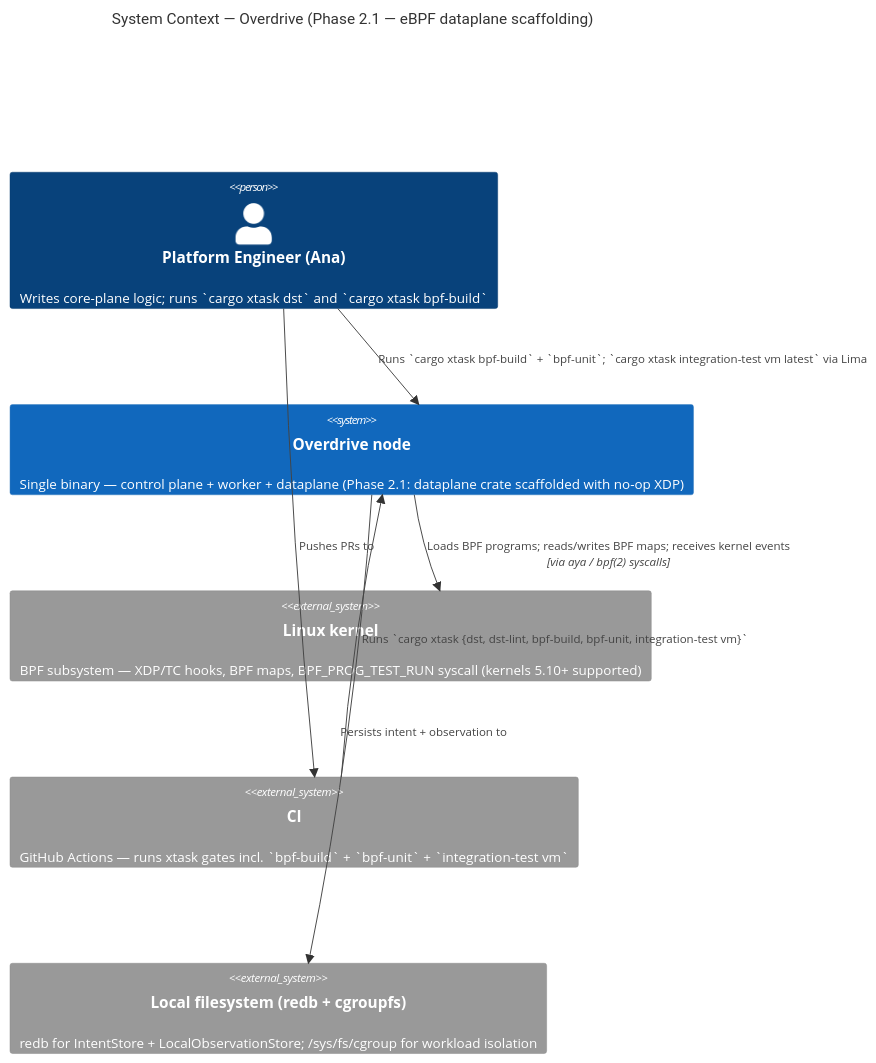
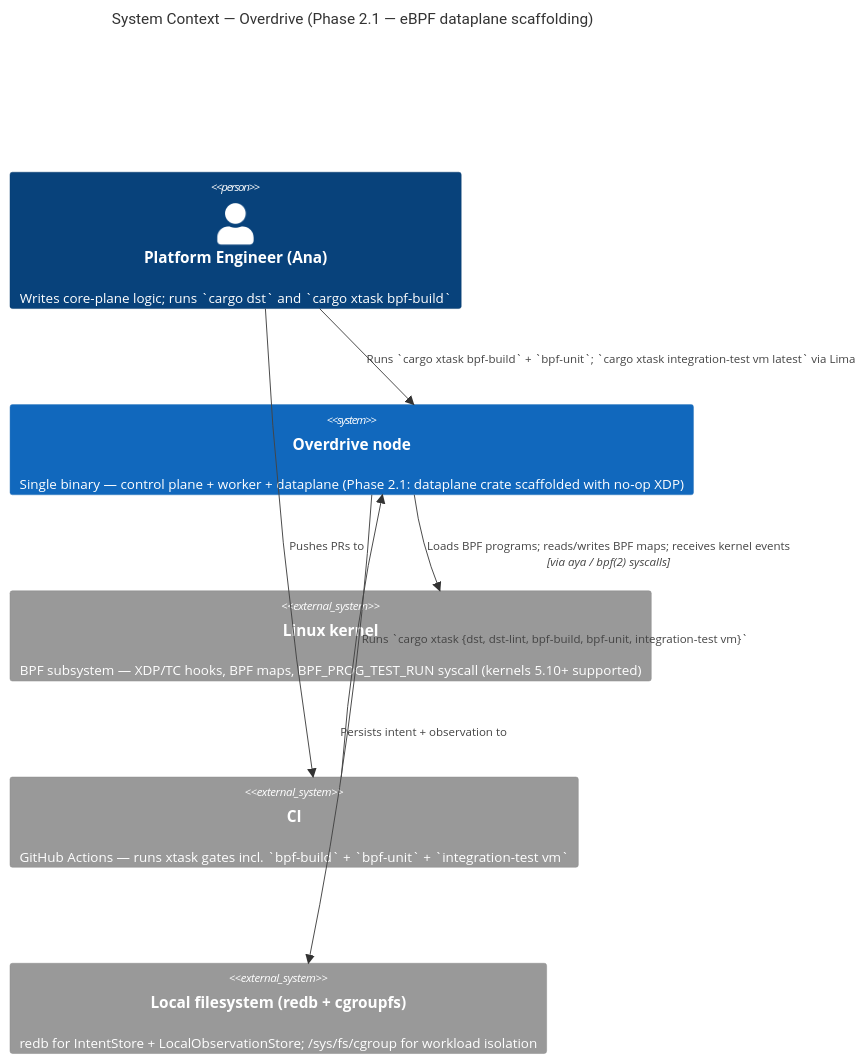
The first of 2 diagrams in docs/feature/phase-2-aya-rs-scaffolding/design/architecture.md (overdrive-sh/overdrive), drawn with Mermaid before and after one commit. The commit also changed other lines of this file and 168 other files, not shown here.

````diff
--- a/docs/feature/phase-2-aya-rs-scaffolding/design/architecture.md
+++ b/docs/feature/phase-2-aya-rs-scaffolding/design/architecture.md
@@ -465,16 +465,16 @@
 ```mermaid
 C4Context
   title System Context — Overdrive (Phase 2.1 — eBPF dataplane scaffolding)
 
-  Person(engineer, "Platform Engineer (Ana)", "Writes core-plane logic; runs `cargo xtask dst` and `cargo xtask bpf-build`")
+  Person(engineer, "Platform Engineer (Ana)", "Writes core-plane logic; runs `cargo dst` and `cargo xtask bpf-build`")
   System(overdrive, "Overdrive node", "Single binary — control plane + worker + dataplane (Phase 2.1: dataplane crate scaffolded with no-op XDP)")
   System_Ext(kernel, "Linux kernel", "BPF subsystem — XDP/TC hooks, BPF maps, BPF_PROG_TEST_RUN syscall (kernels 5.10+ supported)")
   System_Ext(ci, "CI", "GitHub Actions — runs xtask gates incl. `bpf-build` + `bpf-unit` + `integration-test vm`")
   System_Ext(fs, "Local filesystem (redb + cgroupfs)", "redb for IntentStore + LocalObservationStore; /sys/fs/cgroup for workload isolation")
 
   Rel(engineer, overdrive, "Runs `cargo xtask bpf-build` + `bpf-unit`; `cargo xtask integration-test vm latest` via Lima")
   Rel(engineer, ci, "Pushes PRs to")
   Rel(ci, overdrive, "Runs `cargo xtask {dst, dst-lint, bpf-build, bpf-unit, integration-test vm}`")
   Rel(overdrive, kernel, "Loads BPF programs; reads/writes BPF maps; receives kernel events", "via aya / bpf(2) syscalls")
   Rel(overdrive, fs, "Persists intent + observation to")
 ```
````
